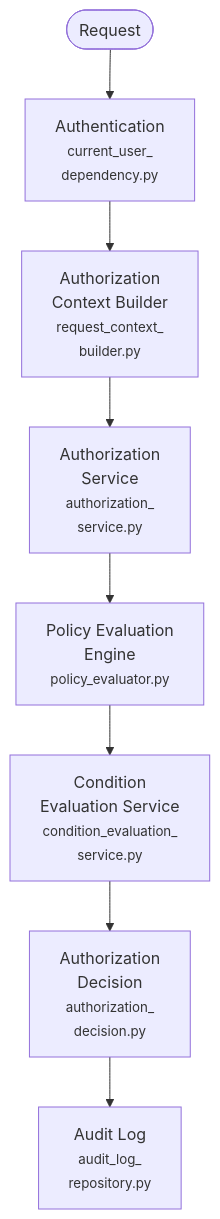
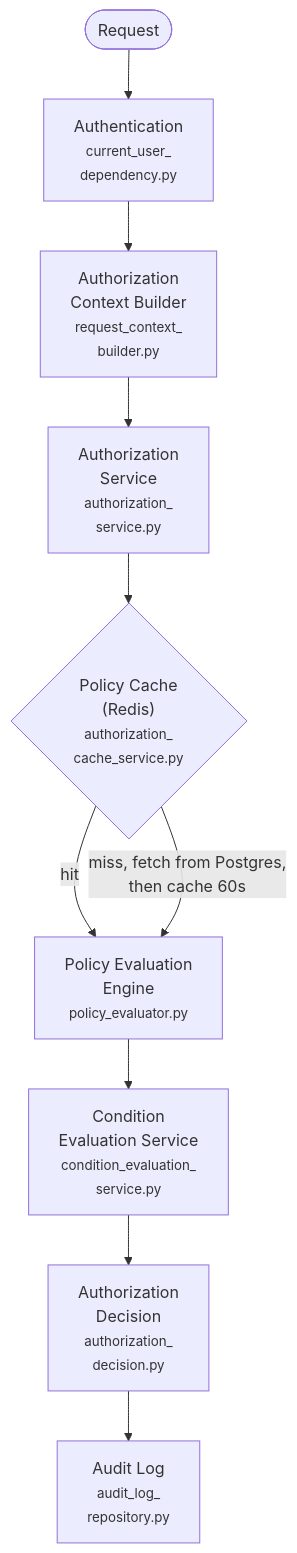
One commit to Nachiket-2024/mystic-auth changed the first of 2 diagrams in docs/mystic_auth/authorization/architecture.md. Above: the diagram before and after it, drawn with Mermaid. The commit also changed other lines of this file and 350 other files, not shown here.

````diff
--- a/docs/mystic_auth/authorization/architecture.md
+++ b/docs/mystic_auth/authorization/architecture.md
@@ -5,13 +5,17 @@
 ```mermaid
 flowchart TD
     Request(["Request"])
     Auth["Authentication<br/><small>current_user_<br/>dependency.py</small>"]
     Ctx["Authorization<br/>Context Builder<br/><small>request_context_<br/>builder.py</small>"]
     Svc["Authorization<br/>Service<br/><small>authorization_<br/>service.py</small>"]
+    Cache{"Policy Cache<br/>(Redis)<br/><small>authorization_<br/>cache_service.py</small>"}
     Eng["Policy Evaluation<br/>Engine<br/><small>policy_evaluator.py</small>"]
     Cond["Condition<br/>Evaluation Service<br/><small>condition_evaluation_<br/>service.py</small>"]
     Dec["Authorization<br/>Decision<br/><small>authorization_<br/>decision.py</small>"]
     Log["Audit Log<br/><small>audit_log_<br/>repository.py</small>"]
 
-    Request --> Auth --> Ctx --> Svc --> Eng --> Cond --> Dec --> Log
+    Request --> Auth --> Ctx --> Svc --> Cache
+    Cache -- "hit" --> Eng
+    Cache -- "miss, fetch from Postgres,<br/>then cache 60s" --> Eng
+    Eng --> Cond --> Dec --> Log
 ```
````
